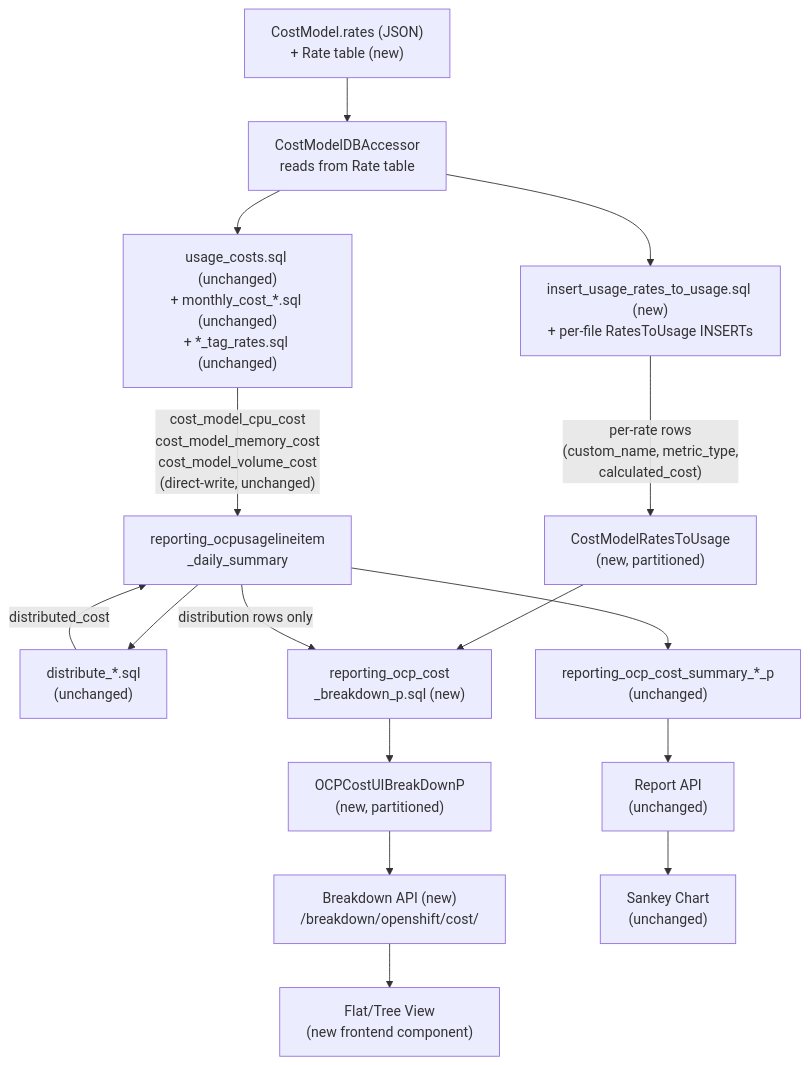
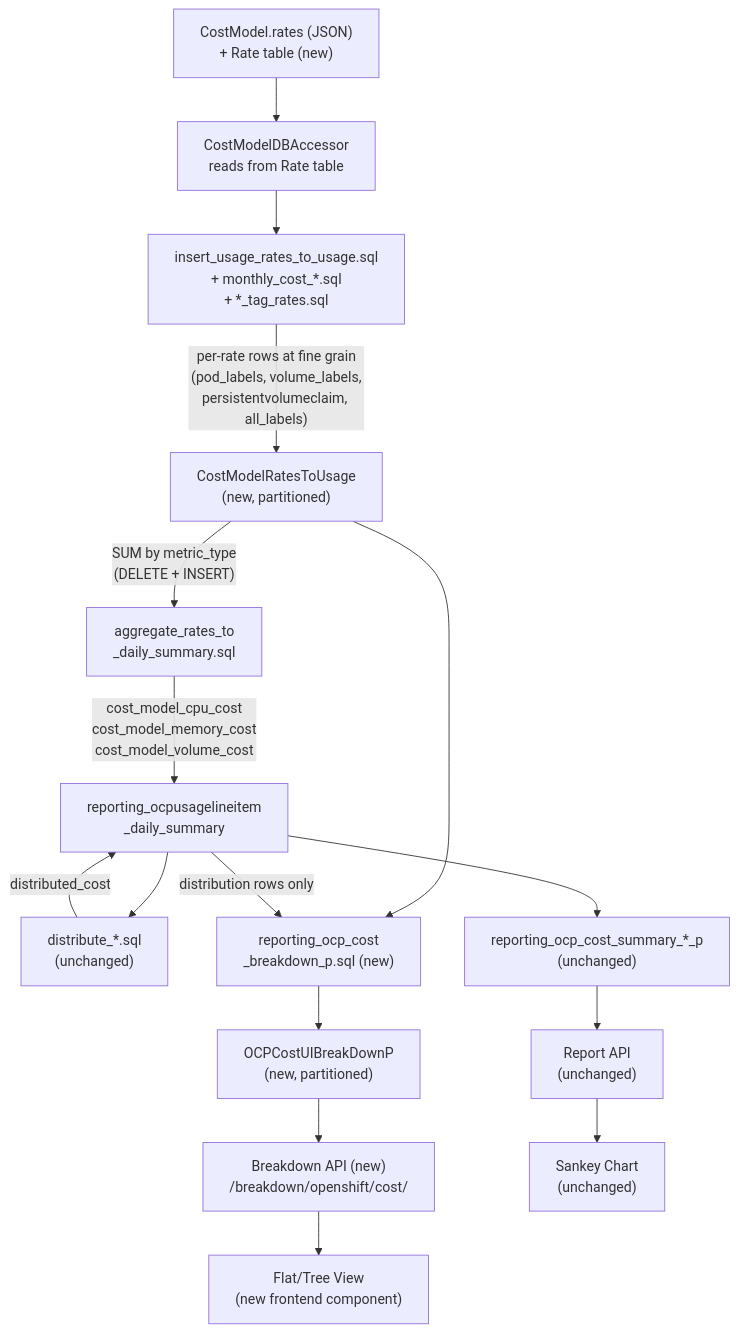
One commit to project-koku/koku changed the second of 2 diagrams in docs/architecture/cost-breakdown/README.md. Above: the diagram before and after it, drawn with Mermaid. The commit also changed other lines of this file and 5 other files, not shown here.

First line of the commit message:
[COST-7249] Resolve IQ-1: single source of truth via RatesToUsage aggregation

````diff
--- a/docs/architecture/cost-breakdown/README.md
+++ b/docs/architecture/cost-breakdown/README.md
@@ -447,23 +451,23 @@
 ```mermaid
 graph TD
     CM["CostModel.rates (JSON)<br/>+ Rate table (new)"] --> Accessor["CostModelDBAccessor<br/>reads from Rate table"]
-    Accessor --> UsageSQL["usage_costs.sql (unchanged)<br/>+ monthly_cost_*.sql (unchanged)<br/>+ *_tag_rates.sql (unchanged)"]
 
-    UsageSQL -->|"cost_model_cpu_cost<br/>cost_model_memory_cost<br/>cost_model_volume_cost<br/>(direct-write, unchanged)"| DailySummary["reporting_ocpusagelineitem<br/>_daily_summary"]
+    Accessor --> RTU_SQL["insert_usage_rates_to_usage.sql<br/>+ monthly_cost_*.sql<br/>+ *_tag_rates.sql"]
+    RTU_SQL -->|"per-rate rows at fine grain<br/>(pod_labels, volume_labels,<br/>persistentvolumeclaim, all_labels)"| RatesToUsage["CostModelRatesToUsage<br/>(new, partitioned)"]
 
-    Accessor --> RatesToUsageSQL["insert_usage_rates_to_usage.sql (new)<br/>+ per-file RatesToUsage INSERTs"]
-    RatesToUsageSQL -->|"per-rate rows<br/>(custom_name, metric_type,<br/>calculated_cost)"| RatesToUsage["CostModelRatesToUsage<br/>(new, partitioned)"]
+    RatesToUsage -->|"SUM by metric_type<br/>(DELETE + INSERT)"| AggSQL["aggregate_rates_to<br/>_daily_summary.sql"]
+    AggSQL -->|"cost_model_cpu_cost<br/>cost_model_memory_cost<br/>cost_model_volume_cost"| DailySummary["reporting_ocpusagelineitem<br/>_daily_summary"]
 
     DailySummary --> DistSQL["distribute_*.sql<br/>(unchanged)"]
     DistSQL -->|"distributed_cost"| DailySummary
     DailySummary --> UISummary["reporting_ocp_cost_summary_*_p<br/>(unchanged)"]
 
     RatesToUsage --> BreakdownSQL["reporting_ocp_cost<br/>_breakdown_p.sql (new)"]
     DailySummary -->|"distribution rows only"| BreakdownSQL
     BreakdownSQL --> BreakdownTable["OCPCostUIBreakDownP<br/>(new, partitioned)"]
     BreakdownTable --> BreakdownAPI["Breakdown API (new)<br/>/breakdown/openshift/cost/"]
     BreakdownAPI --> FlatTree["Flat/Tree View<br/>(new frontend component)"]
 
     UISummary --> API["Report API<br/>(unchanged)"]
     API --> Sankey["Sankey Chart<br/>(unchanged)"]
 ```
````
